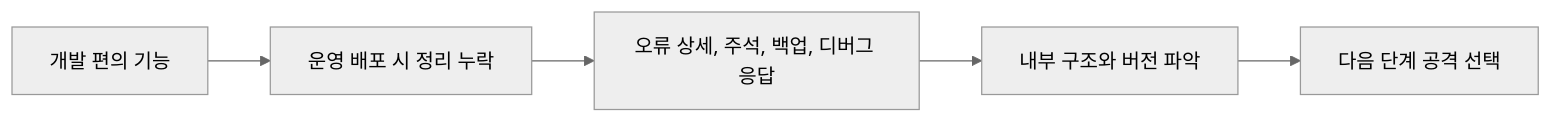
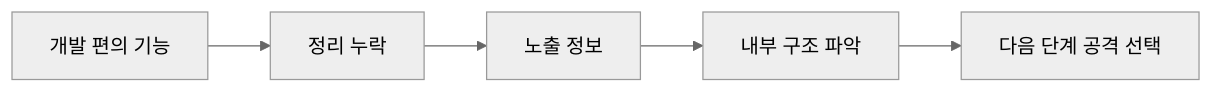
One commit to logiciris/logiciris.github.io changed the diagram in _notes/information-disclosure-checklist.md. Above: the diagram before and after it, drawn with Mermaid (neutral theme). The commit also changed 28 other files, not shown here.

Commit message:
Notes batches 1-2: qa fixes (accuracy, links, mermaid labels)

````diff
--- a/_notes/information-disclosure-checklist.md
+++ b/_notes/information-disclosure-checklist.md
@@ -22,7 +22,7 @@
 ```mermaid
 flowchart LR
-    D["개발 편의 기능"] --> M["운영 배포 시 정리 누락"]
-    M --> E["오류 상세, 주석, 백업, 디버그 응답"]
-    E --> I["내부 구조와 버전 파악"]
+    D["개발 편의 기능"] --> M["정리 누락"]
+    M --> E["노출 정보"]
+    E --> I["내부 구조 파악"]
     I --> N["다음 단계 공격 선택"]
 ```
````
